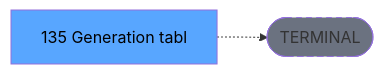
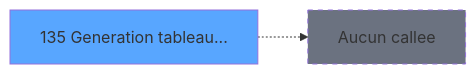
One commit to thonyAGP/magic-migration changed the third of 3 diagrams in .openspec/specs/ADH-IDE-135.md. Above: the diagram before and after it, drawn with Mermaid. The commit also changed other lines of this file and 311 other files, not shown here.

````diff
--- a/.openspec/specs/ADH-IDE-135.md
+++ b/.openspec/specs/ADH-IDE-135.md
@@ -139,8 +310,8 @@
 ```mermaid
 graph LR
-    T[135 Generation tabl]
-    TERM([TERMINAL])
-    T -.-> TERM
-    style TERM fill:#6b7280,stroke-dasharray: 5 5
-    style T fill:#58a6ff,color:#000
+    T135[135 Generation tableau...]
+    style T135 fill:#58a6ff
+    NONE[Aucun callee]
+    T135 -.-> NONE
+    style NONE fill:#6b7280,stroke-dasharray: 5 5
 ```
````
